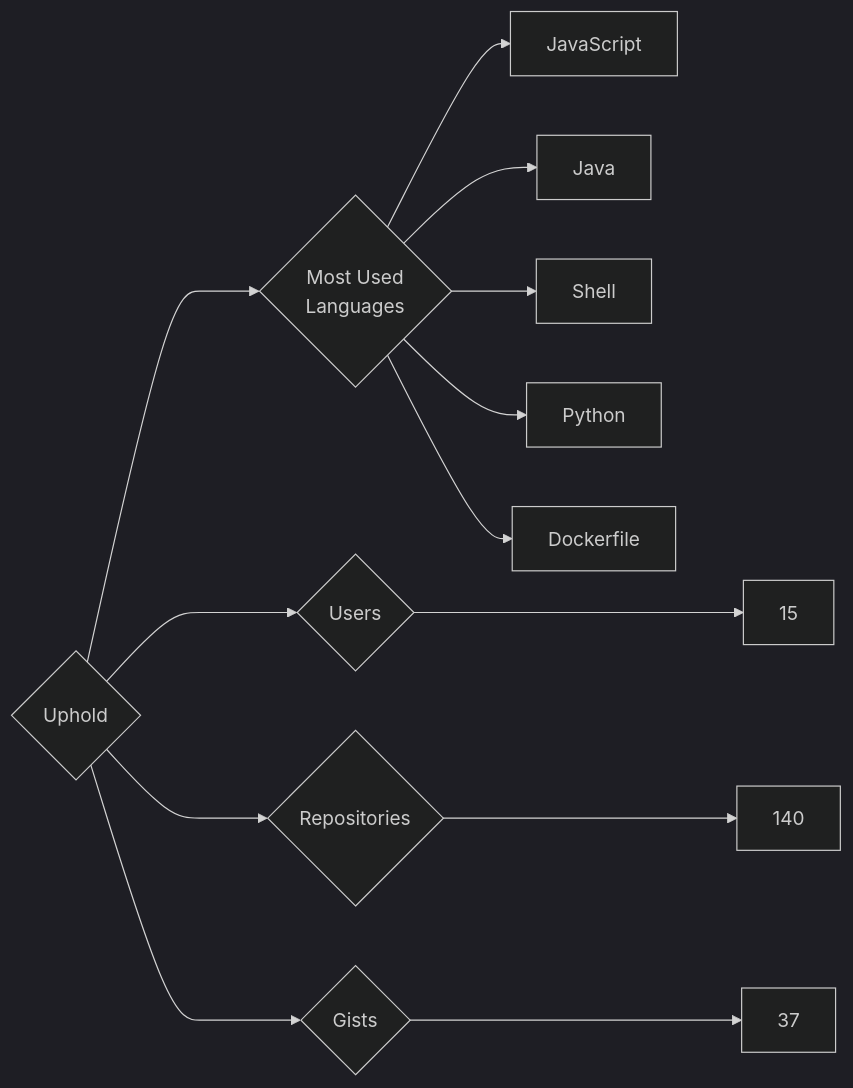
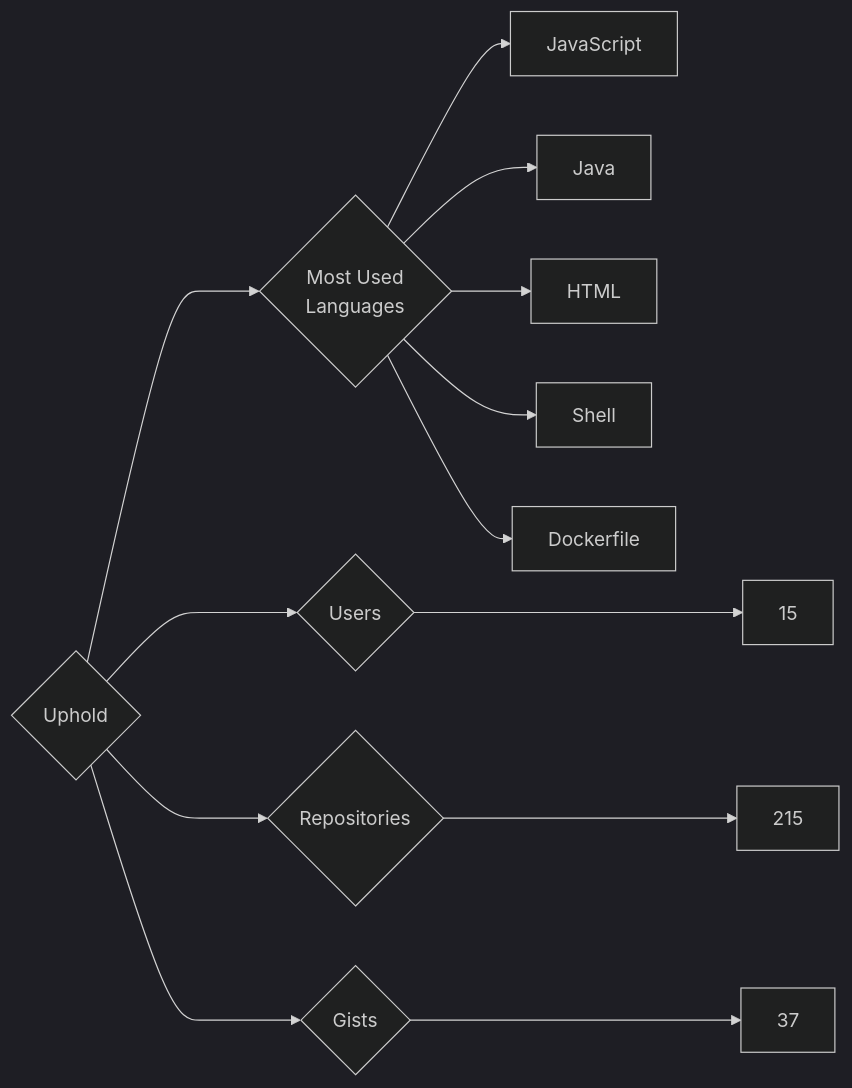
One commit to trickest/insiders changed the diagram in targets/Uphold/README.md. Above: the diagram before and after it, drawn with Mermaid (dark theme). The commit also changed 1389 other files, not shown here.

````diff
--- a/targets/Uphold/README.md
+++ b/targets/Uphold/README.md
@@ -3,13 +3,13 @@
 ```mermaid
 graph LR
 COMPANY_NAME{Uphold}
 COMPANY_NAME ---> U{Users} ---> UN[15]
-COMPANY_NAME ---> R{Repositories} ---> RN[140]
+COMPANY_NAME ---> R{Repositories} ---> RN[215]
 COMPANY_NAME ---> G{Gists} ---> GN[37]
 COMPANY_NAME ---> ML{Most Used<br>Languages}
 ML --> JavaScript[JavaScript]
 ML --> Java[Java]
+ML --> HTML[HTML]
 ML --> Shell[Shell]
-ML --> Python[Python]
 ML --> Dockerfile[Dockerfile]
 ```
````
